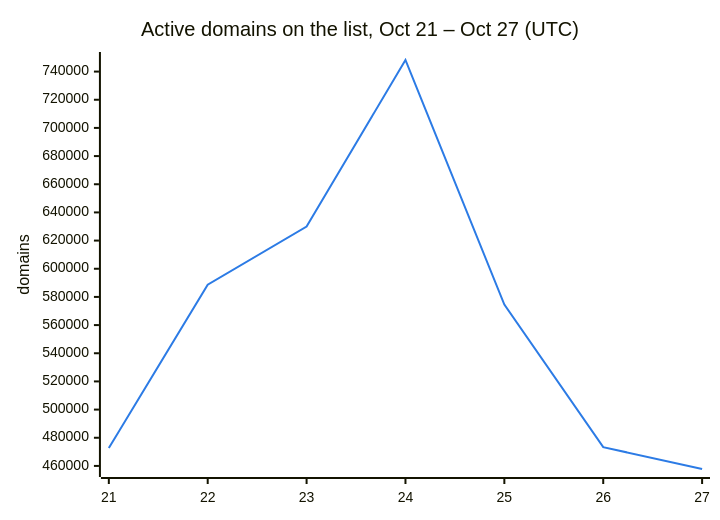
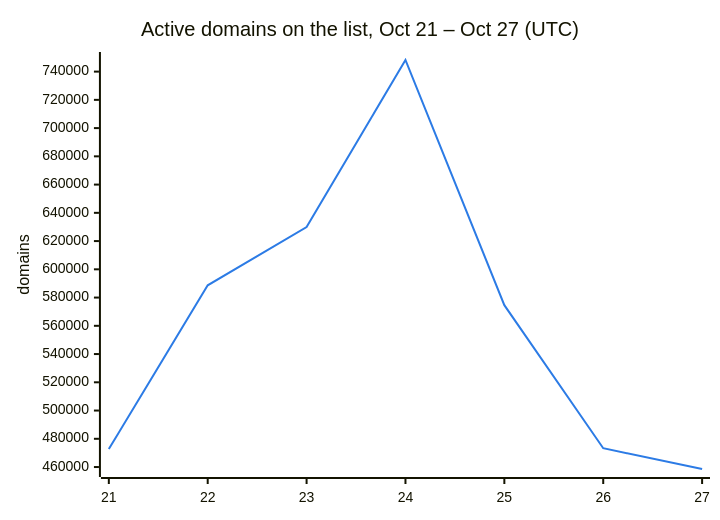
Before and after one commit to DNSBunker/CTI: the second of 3 diagrams in README.md, drawn with Mermaid. The commit also changed other lines of this file and 3 other files, not shown here.

````diff
--- a/README.md
+++ b/README.md
@@ -38,8 +38,8 @@
 ```mermaid
 %%{init: {"themeVariables": {"xyChart": {"plotColorPalette": "#2c7be5"}}}}%%
 xychart-beta
     title "Active domains on the list, Oct 21 – Oct 27 (UTC)"
     x-axis ["21", "22", "23", "24", "25", "26", "27"]
     y-axis "domains"
-    line [472713, 588659, 629951, 748222, 574614, 473331, 457815]
+    line [472713, 588659, 629951, 748222, 574614, 473331, 458608]
 ```
````
